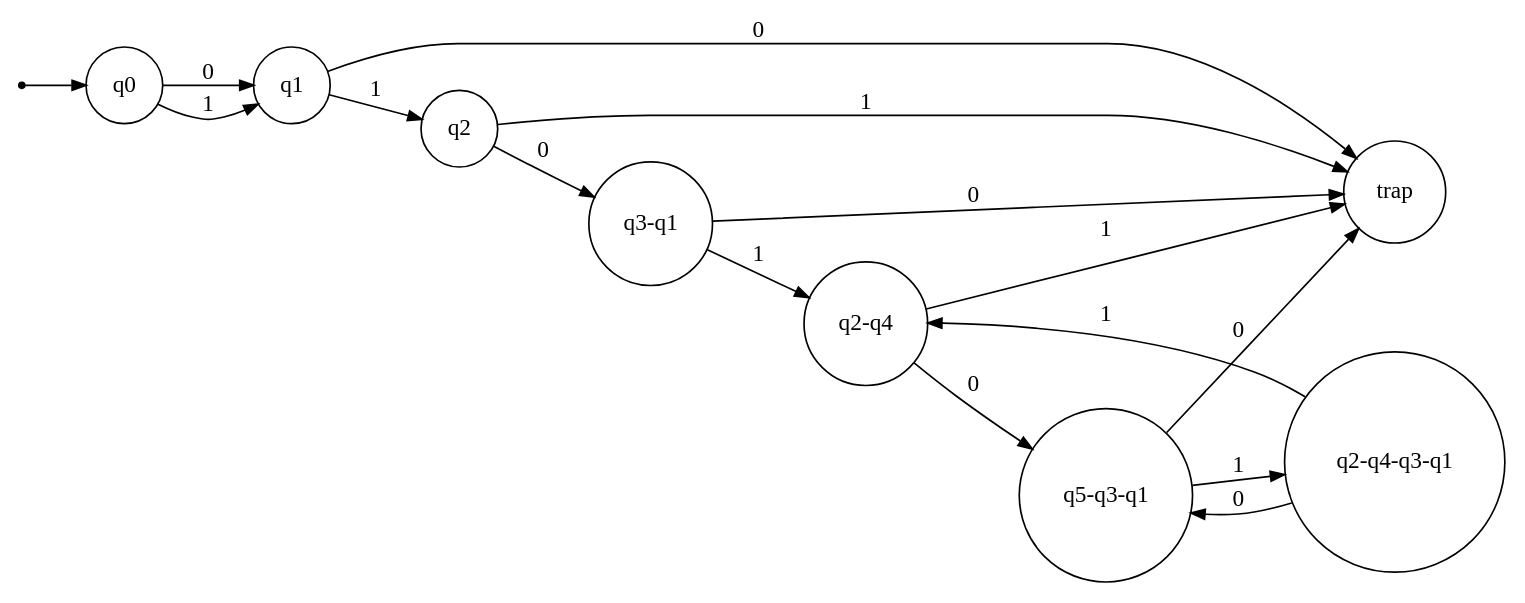
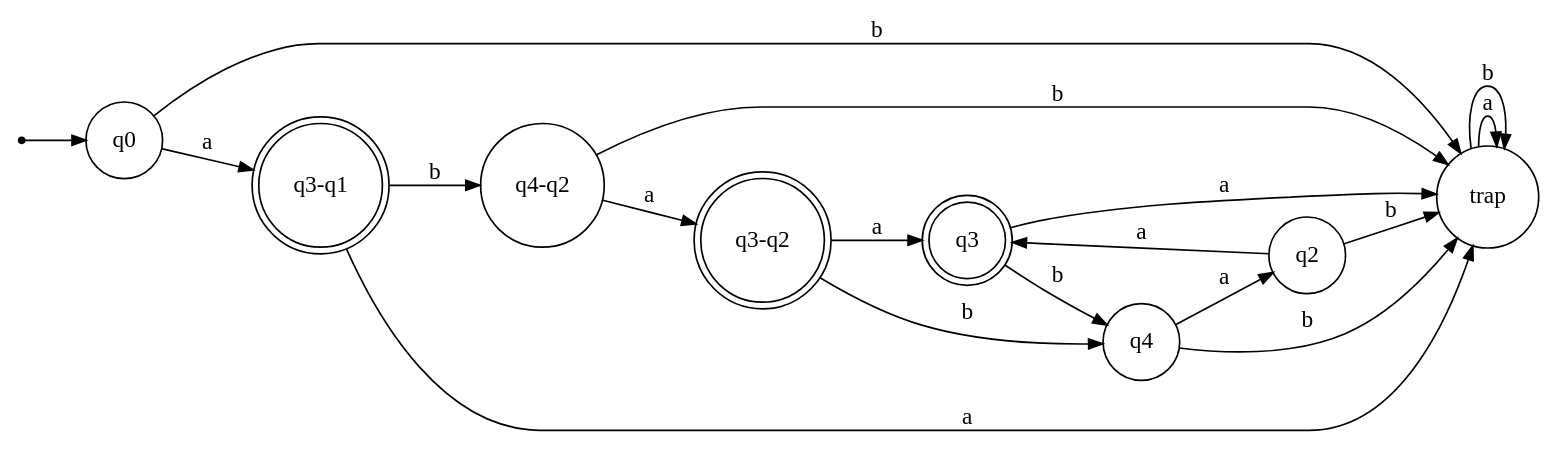
One commit to Computer-Engineering-Projects-IUST/TLA-MidtermProject changed the diagram in TLA01-Projects/Digraph.gv. Above: the diagram before and after it, drawn with Graphviz. The commit also changed 4 other files, not shown here.

```diff
--- a/TLA01-Projects/Digraph.gv
+++ b/TLA01-Projects/Digraph.gv
@@ -1,28 +1,30 @@
 digraph {
 	ranksep=0.5 size="(8, 8)"
 	rankdir=LR
 	Initial [label="" fontsize=14.0 shape=point]
 	q0 [fontsize=14.0 shape=circle]
-	q1 [fontsize=14.0 shape=circle]
 	q2 [fontsize=14.0 shape=circle]
-	"q2-q4" [fontsize=14.0 shape=circle]
-	"q2-q4-q3-q1" [fontsize=14.0 shape=circle]
-	"q3-q1" [fontsize=14.0 shape=circle]
-	"q5-q3-q1" [fontsize=14.0 shape=circle]
+	q3 [fontsize=14.0 shape=doublecircle]
+	"q3-q1" [fontsize=14.0 shape=doublecircle]
+	"q3-q2" [fontsize=14.0 shape=doublecircle]
+	q4 [fontsize=14.0 shape=circle]
+	"q4-q2" [fontsize=14.0 shape=circle]
 	trap [fontsize=14.0 shape=circle]
 	Initial -> q0 [arrowsize=0.85]
-	q0 -> q1 [label=" 0 " arrowsize=0.85 fontsize=14.0]
-	q0 -> q1 [label=" 1 " arrowsize=0.85 fontsize=14.0]
-	q1 -> trap [label=" 0 " arrowsize=0.85 fontsize=14.0]
-	q1 -> q2 [label=" 1 " arrowsize=0.85 fontsize=14.0]
-	q2 -> "q3-q1" [label=" 0 " arrowsize=0.85 fontsize=14.0]
-	q2 -> trap [label=" 1 " arrowsize=0.85 fontsize=14.0]
-	"q3-q1" -> trap [label=" 0 " arrowsize=0.85 fontsize=14.0]
-	"q3-q1" -> "q2-q4" [label=" 1 " arrowsize=0.85 fontsize=14.0]
-	"q2-q4" -> "q5-q3-q1" [label=" 0 " arrowsize=0.85 fontsize=14.0]
-	"q2-q4" -> trap [label=" 1 " arrowsize=0.85 fontsize=14.0]
-	"q5-q3-q1" -> trap [label=" 0 " arrowsize=0.85 fontsize=14.0]
-	"q5-q3-q1" -> "q2-q4-q3-q1" [label=" 1 " arrowsize=0.85 fontsize=14.0]
-	"q2-q4-q3-q1" -> "q5-q3-q1" [label=" 0 " arrowsize=0.85 fontsize=14.0]
-	"q2-q4-q3-q1" -> "q2-q4" [label=" 1 " arrowsize=0.85 fontsize=14.0]
+	q0 -> "q3-q1" [label=" a " arrowsize=0.85 fontsize=14.0]
+	q0 -> trap [label=" b " arrowsize=0.85 fontsize=14.0]
+	trap -> trap [label=" a " arrowsize=0.85 fontsize=14.0]
+	trap -> trap [label=" b " arrowsize=0.85 fontsize=14.0]
+	"q3-q1" -> trap [label=" a " arrowsize=0.85 fontsize=14.0]
+	"q3-q1" -> "q4-q2" [label=" b " arrowsize=0.85 fontsize=14.0]
+	"q4-q2" -> "q3-q2" [label=" a " arrowsize=0.85 fontsize=14.0]
+	"q4-q2" -> trap [label=" b " arrowsize=0.85 fontsize=14.0]
+	"q3-q2" -> q3 [label=" a " arrowsize=0.85 fontsize=14.0]
+	"q3-q2" -> q4 [label=" b " arrowsize=0.85 fontsize=14.0]
+	q3 -> trap [label=" a " arrowsize=0.85 fontsize=14.0]
+	q3 -> q4 [label=" b " arrowsize=0.85 fontsize=14.0]
+	q4 -> q2 [label=" a " arrowsize=0.85 fontsize=14.0]
+	q4 -> trap [label=" b " arrowsize=0.85 fontsize=14.0]
+	q2 -> q3 [label=" a " arrowsize=0.85 fontsize=14.0]
+	q2 -> trap [label=" b " arrowsize=0.85 fontsize=14.0]
 }
```
